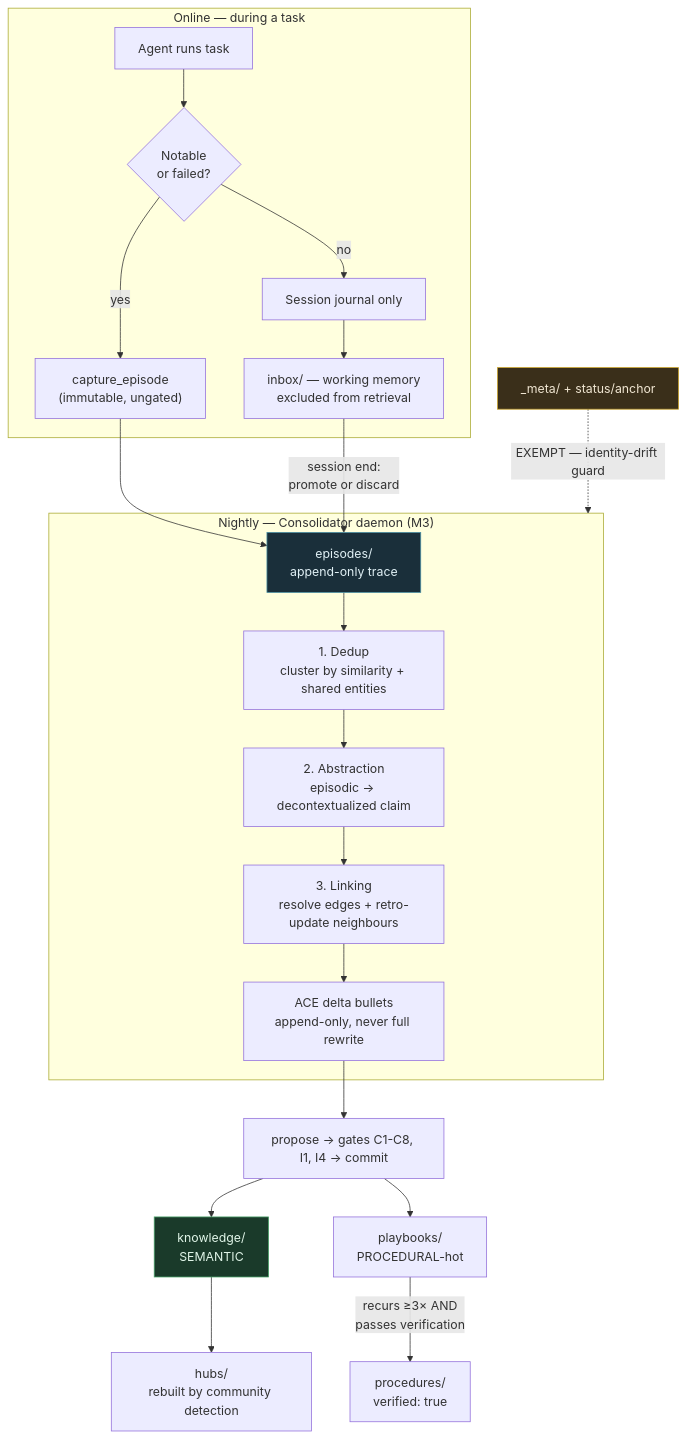
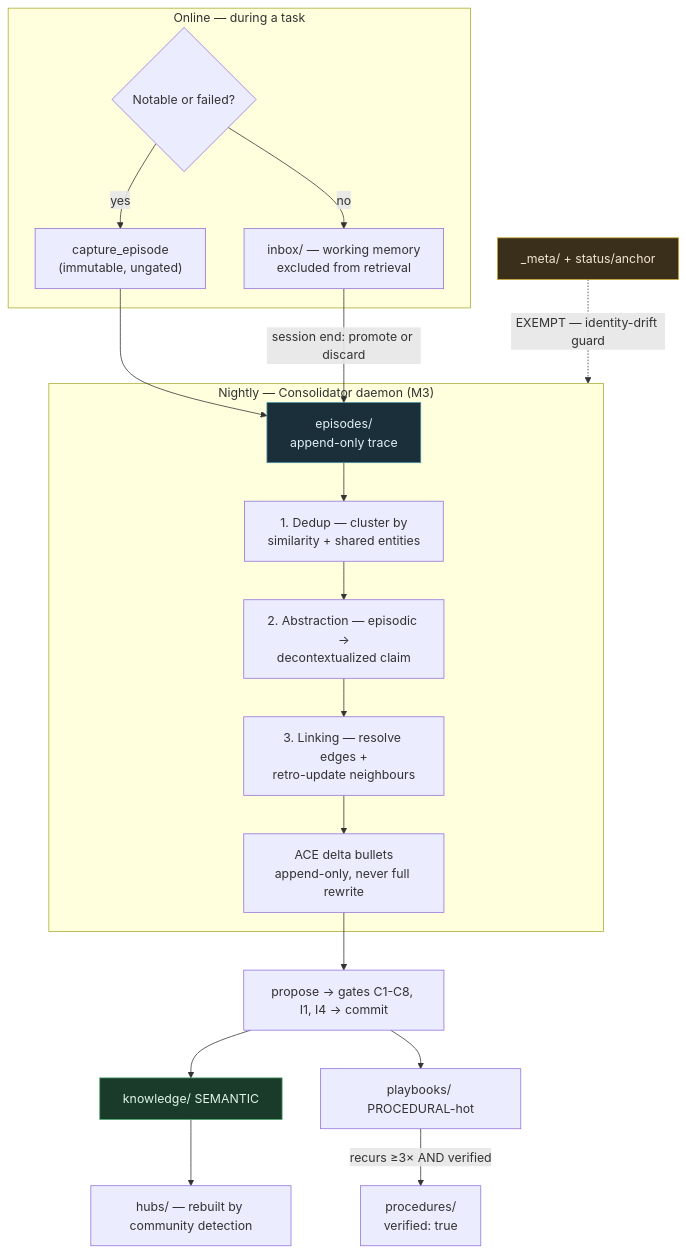
One commit to zautke/team-kb changed the first of 3 diagrams in docs/whitepapers/02-memory-model.md. Above: the diagram before and after it, drawn with Mermaid. The commit also changed other lines of this file and 2 other files, not shown here.

First line of the commit message:
docs(whitepapers): final writer polish passes (02, 03, 05); restore 05 tags

````diff
--- a/docs/whitepapers/02-memory-model.md
+++ b/docs/whitepapers/02-memory-model.md
@@ -223,26 +184,24 @@
 ```mermaid
 flowchart TD
     subgraph online["Online — during a task"]
-        A["Agent runs task"] --> B{"Notable<br/>or failed?"}
-        B -->|yes| C["capture_episode<br/>(immutable, ungated)"]
-        B -->|no| D["Session journal only"]
-        D --> E["inbox/ — working memory<br/>excluded from retrieval"]
+        B{"Notable or failed?"} -->|yes| C["capture_episode<br/>(immutable, ungated)"]
+        B -->|no| E["inbox/ — working memory<br/>excluded from retrieval"]
     end
     C --> F["episodes/<br/>append-only trace"]
-    E -->|"session end:<br/>promote or discard"| F
+    E -->|"session end: promote or discard"| F
     subgraph nightly["Nightly — Consolidator daemon (M3)"]
-        F --> G["1. Dedup<br/>cluster by similarity + shared entities"]
-        G --> H["2. Abstraction<br/>episodic → decontextualized claim"]
-        H --> I["3. Linking<br/>resolve edges + retro-update neighbours"]
+        F --> G["1. Dedup — cluster by<br/>similarity + shared entities"]
+        G --> H["2. Abstraction — episodic →<br/>decontextualized claim"]
+        H --> I["3. Linking — resolve edges +<br/>retro-update neighbours"]
         I --> J["ACE delta bullets<br/>append-only, never full rewrite"]
     end
     J --> K["propose → gates C1-C8, I1, I4 → commit"]
-    K --> L["knowledge/<br/>SEMANTIC"]
-    K --> M["playbooks/<br/>PROCEDURAL-hot"]
-    M -->|"recurs ≥3× AND<br/>passes verification"| N["procedures/<br/>verified: true"]
-    L --> O["hubs/<br/>rebuilt by community detection"]
+    K --> L["knowledge/ SEMANTIC"]
+    K --> M["playbooks/ PROCEDURAL-hot"]
+    M -->|"recurs ≥3× AND verified"| N["procedures/<br/>verified: true"]
+    L --> O["hubs/ — rebuilt by community detection"]
     P["_meta/ + status/anchor"] -.->|"EXEMPT — identity-drift guard"| nightly
     style P fill:#3a2f1a,stroke:#c9a227,color:#f0e6d2
     style F fill:#1a2f3a,stroke:#4a90a4,color:#e0f0f5
     style L fill:#1a3a2a,stroke:#4aa46a,color:#e0f5e8
 ```
````
